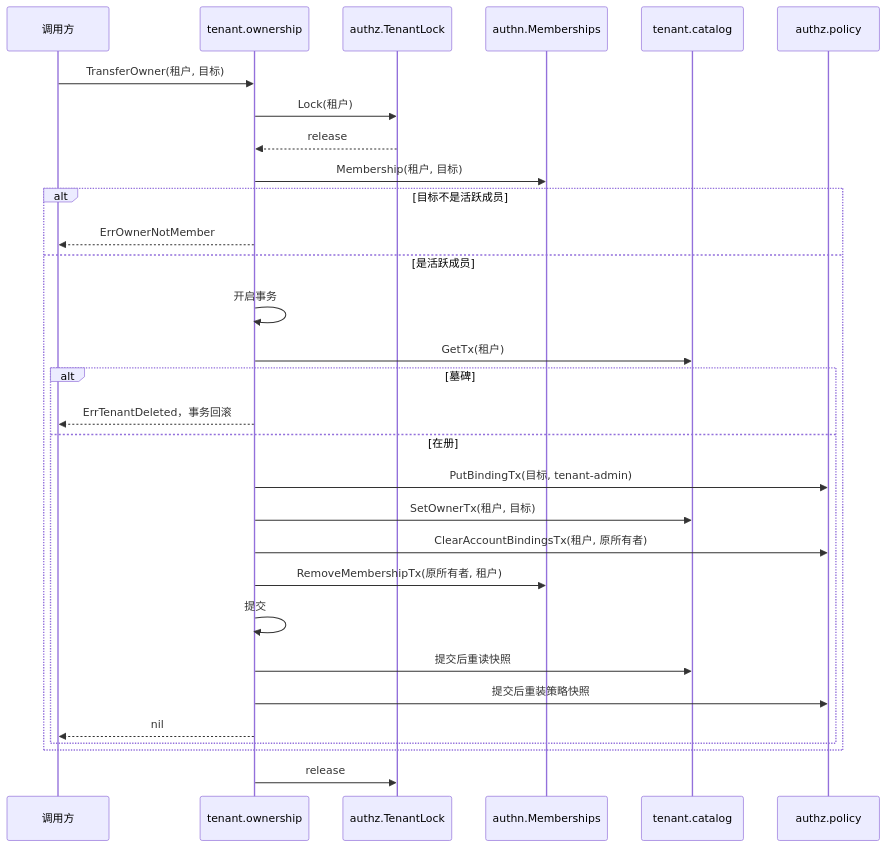
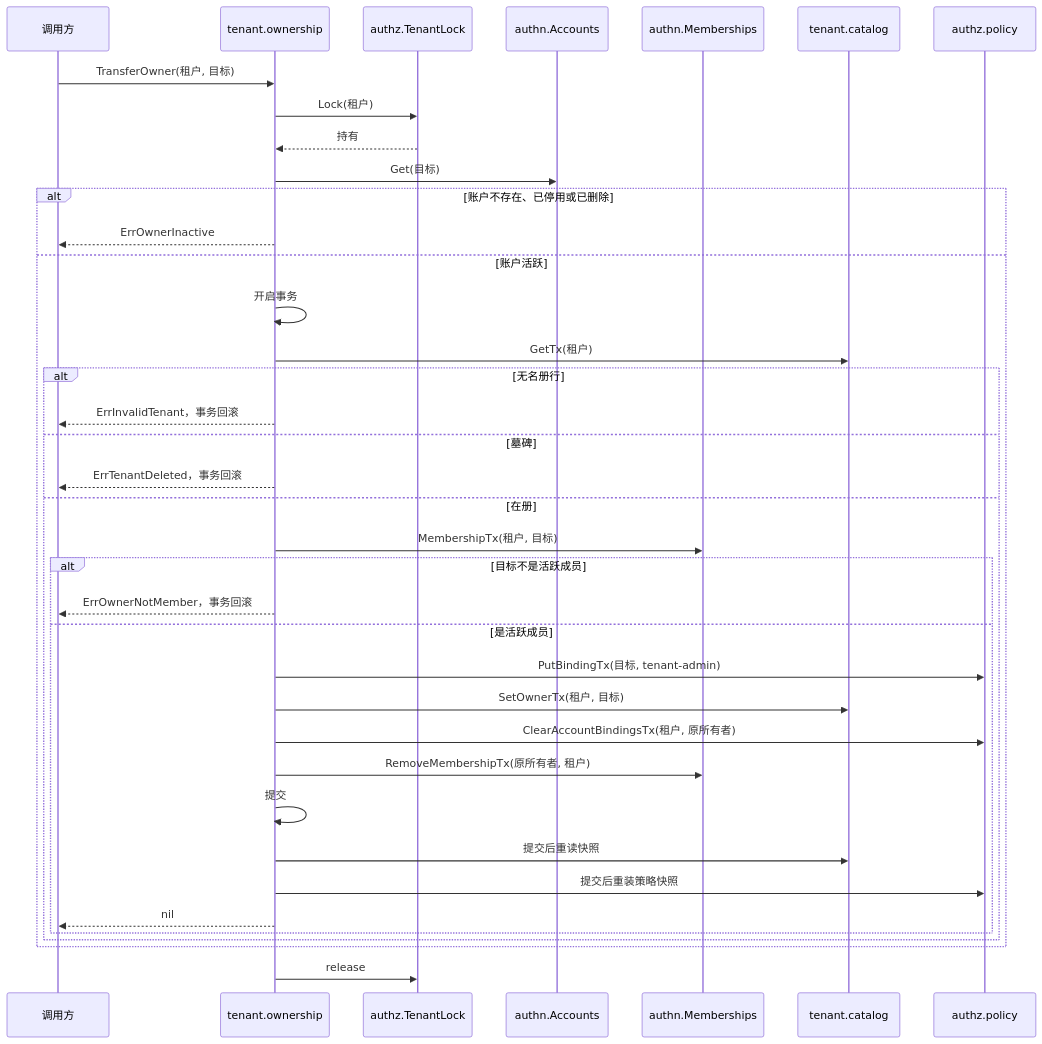
The diagram in docs/design/modules/tenant/design-tenant-ownership.md (wangzw/speed), drawn with Mermaid before and after one commit. The commit also changed other lines of this file and 2 other files, not shown here.

Commit message:
docs(tenant): record the two ownership surfaces and the widened lock
The tenant-admin design describes the platform and tenant surfaces, their
separate decisions and the audit surface each request records; the ownership
design moves the membership read inside the transaction and adds the inactive
account refusal; the authn-admin test table names the deletion-audit
exception.

````diff
--- a/docs/design/modules/tenant/design-tenant-ownership.md
+++ b/docs/design/modules/tenant/design-tenant-ownership.md
@@ -55,32 +57,40 @@
 ```mermaid
 sequenceDiagram
     participant C as 调用方
     participant O as tenant.ownership
     participant L as authz.TenantLock
+    participant A as authn.Accounts
     participant M as authn.Memberships
     participant R as tenant.catalog
     participant P as authz.policy
     C->>O: TransferOwner(租户, 目标)
     O->>L: Lock(租户)
-    L-->>O: release
-    O->>M: Membership(租户, 目标)
-    alt 目标不是活跃成员
-        O-->>C: ErrOwnerNotMember
-    else 是活跃成员
+    L-->>O: 持有
+    O->>A: Get(目标)
+    alt 账户不存在、已停用或已删除
+        O-->>C: ErrOwnerInactive
+    else 账户活跃
         O->>O: 开启事务
         O->>R: GetTx(租户)
-        alt 墓碑
+        alt 无名册行
+            O-->>C: ErrInvalidTenant，事务回滚
+        else 墓碑
             O-->>C: ErrTenantDeleted，事务回滚
         else 在册
-            O->>P: PutBindingTx(目标, tenant-admin)
-            O->>R: SetOwnerTx(租户, 目标)
-            O->>P: ClearAccountBindingsTx(租户, 原所有者)
-            O->>M: RemoveMembershipTx(原所有者, 租户)
-            O->>O: 提交
-            O->>R: 提交后重读快照
-            O->>P: 提交后重装策略快照
-            O-->>C: nil
+            O->>M: MembershipTx(租户, 目标)
+            alt 目标不是活跃成员
+                O-->>C: ErrOwnerNotMember，事务回滚
+            else 是活跃成员
+                O->>P: PutBindingTx(目标, tenant-admin)
+                O->>R: SetOwnerTx(租户, 目标)
+                O->>P: ClearAccountBindingsTx(租户, 原所有者)
+                O->>M: RemoveMembershipTx(原所有者, 租户)
+                O->>O: 提交
+                O->>R: 提交后重读快照
+                O->>P: 提交后重装策略快照
+                O-->>C: nil
+            end
         end
     end
     O->>L: release
 ```
````
